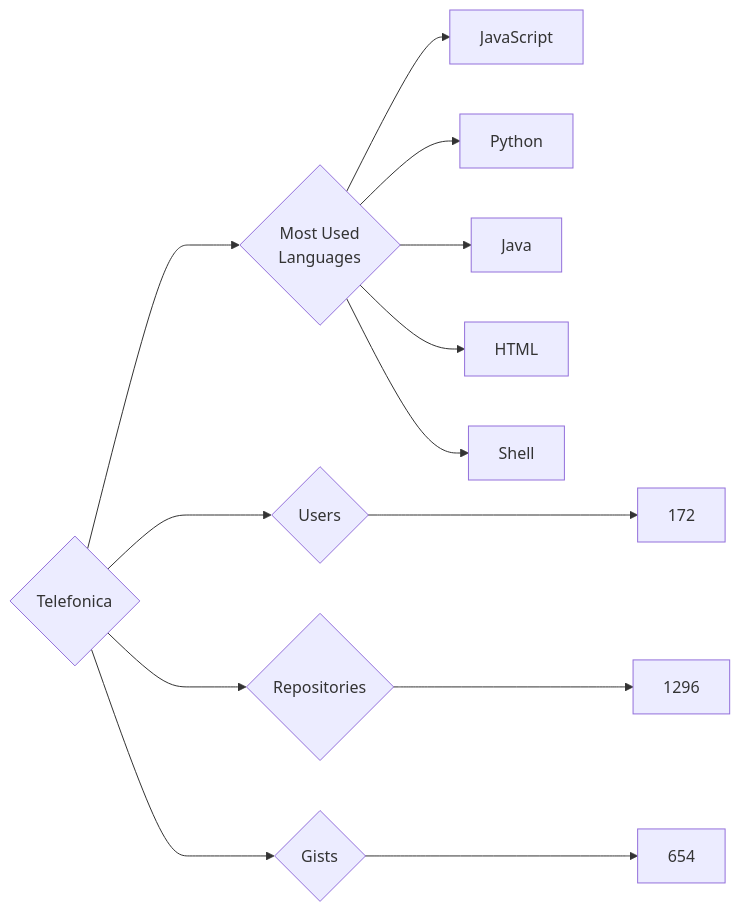
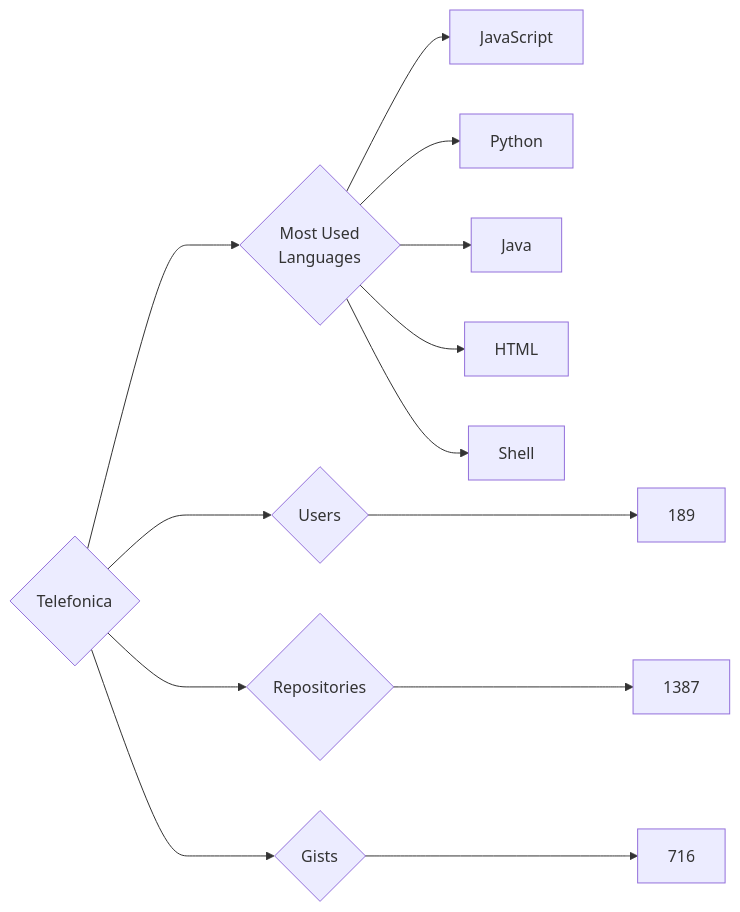
The diagram in targets/Telefonica/README.md (trickest/insiders), drawn with Mermaid before and after one commit. The commit also changed 839 other files, not shown here.

````diff
--- a/targets/Telefonica/README.md
+++ b/targets/Telefonica/README.md
@@ -3,13 +3,13 @@
 ```mermaid
 graph LR
 COMPANY_NAME{Telefonica}
-COMPANY_NAME ---> U{Users} ---> UN[172]
-COMPANY_NAME ---> R{Repositories} ---> RN[1296]
-COMPANY_NAME ---> G{Gists} ---> GN[654]
+COMPANY_NAME ---> U{Users} ---> UN[189]
+COMPANY_NAME ---> R{Repositories} ---> RN[1387]
+COMPANY_NAME ---> G{Gists} ---> GN[716]
 COMPANY_NAME ---> ML{Most Used<br>Languages}
 ML --> JavaScript[JavaScript]
 ML --> Python[Python]
 ML --> Java[Java]
 ML --> HTML[HTML]
 ML --> Shell[Shell]
 ```
````
